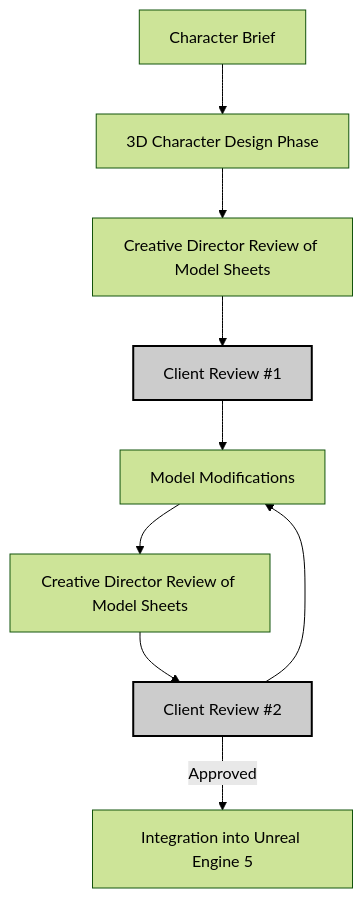
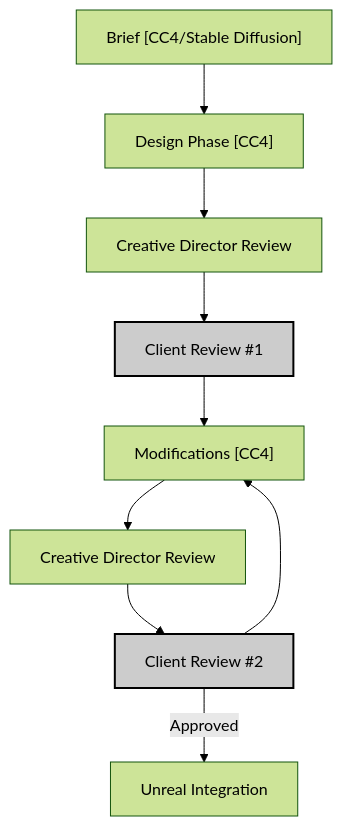
Before and after one commit to diamond-one/hybrid-AI-animated-shorts-pipeline: the diagram in 3d-character-workflow.md, drawn with Mermaid (forest theme). The commit also changed 7 other files, not shown here.

````diff
--- a/3d-character-workflow.md
+++ b/3d-character-workflow.md
@@ -7,23 +7,24 @@
 ```mermaid
 flowchart TD
-    node0["Character Brief"]
-    node1["3D Character Design Phase"]
-    node1a["Creative Director Review of Model Sheets"]
+    node0["Brief [CC4/Stable Diffusion]"]
+    node1["Design Phase [CC4]"]
+    node1a["Creative Director Review"]
     node2["Client Review #1"]
-    node3["Model Modifications"]
-    node3a["Creative Director Review of Model Sheets"]
+    node3["Modifications [CC4]"]
+    node3a["Creative Director Review"]
     node4["Client Review #2"]
-    node5["Integration into Unreal Engine 5"]
+    node5["Unreal Integration"]
 
     node0 --> node1
     node1 --> node1a
     node1a --> node2 
     node2 --> node3
     node3 --> node3a
     node3a --> node4 
     node4 --Approved--> node5
     node4 --> node3
 
+
     classDef note fill:#ccc,stroke:#000,stroke-width:2px,color:#000;
     class node2,node4 note;
 ```
````
